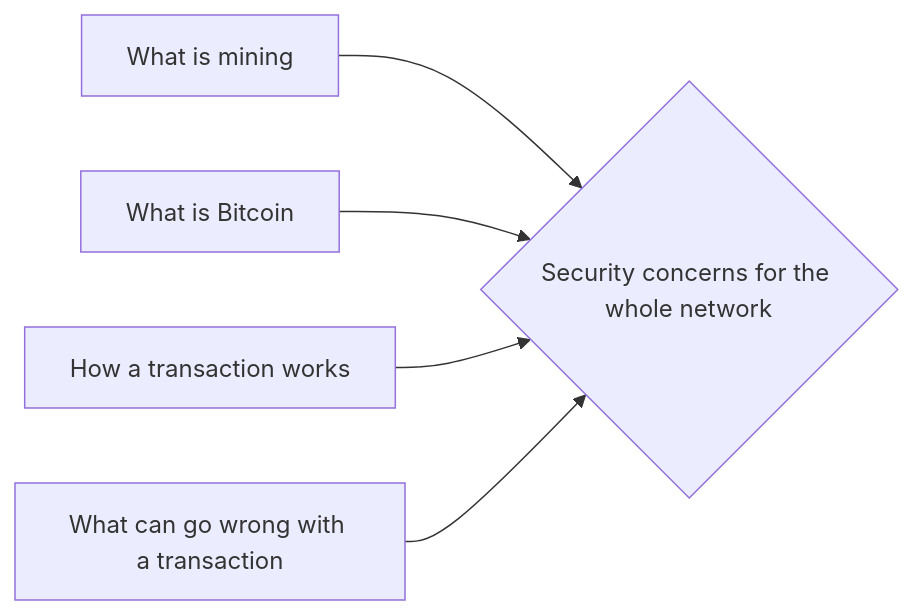
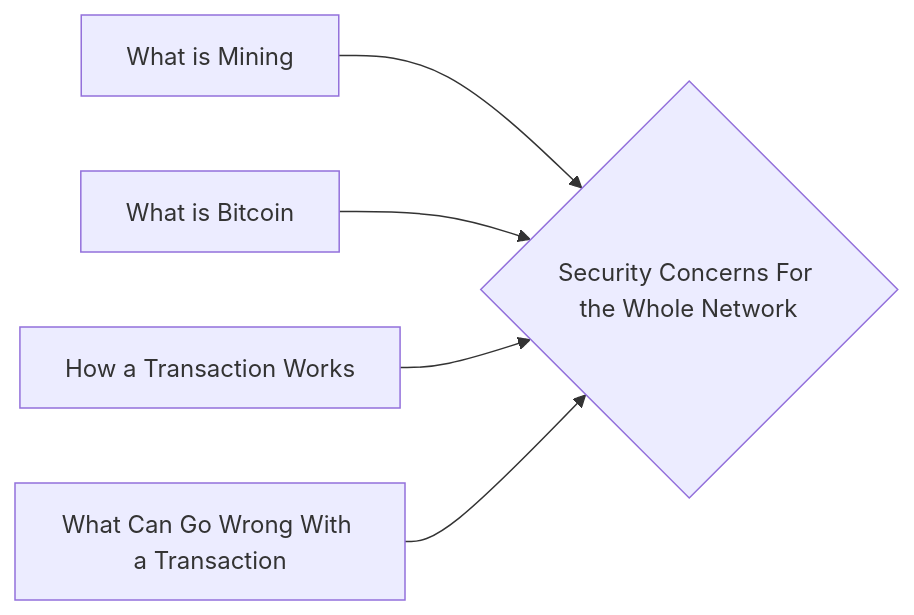
The diagram in notes/Security_Concerns_For_the_Whole_Network.md (lpurdy01/crypto-knowledge-map), drawn with Mermaid before and after one commit. The commit also changed 50 other files, not shown here.

````diff
--- a/notes/Security_Concerns_For_the_Whole_Network.md
+++ b/notes/Security_Concerns_For_the_Whole_Network.md
@@ -15,7 +15,7 @@
 ```mermaid
 graph LR
-1["What is mining"]-->0{"Security concerns for the whole network"}
-2["What is Bitcoin"]-->0{"Security concerns for the whole network"}
-3["How a transaction works"]-->0{"Security concerns for the whole network"}
-4["What can go wrong with a transaction"]-->0{"Security concerns for the whole network"}
+1["What is Mining"]-->0{"Security Concerns For the Whole Network"}
+2["What is Bitcoin"]-->0{"Security Concerns For the Whole Network"}
+3["How a Transaction Works"]-->0{"Security Concerns For the Whole Network"}
+4["What Can Go Wrong With a Transaction"]-->0{"Security Concerns For the Whole Network"}
 ```
````
